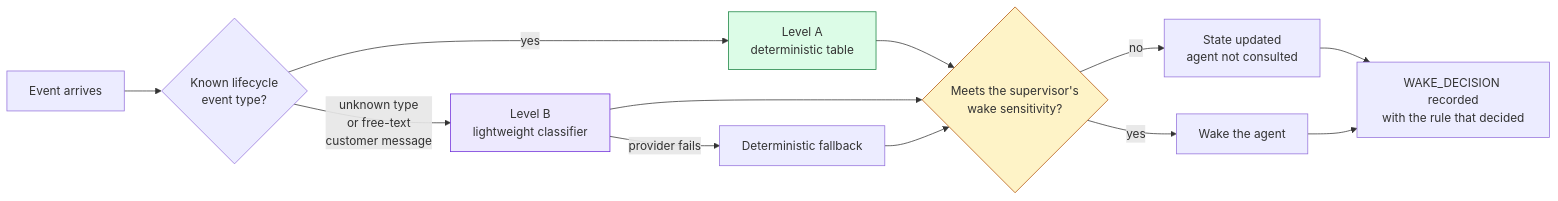
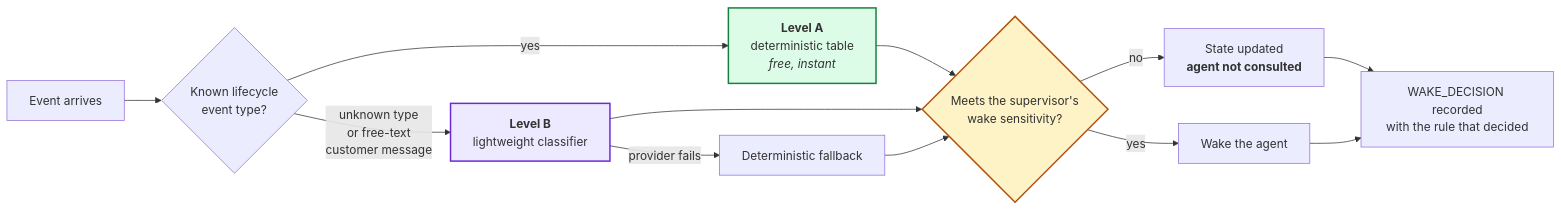
Before and after one commit to Gupta2708/OrderPilot: the third of 3 diagrams in README.md, drawn with Mermaid. The commit also changed other lines of this file and 5 other files, not shown here.

````diff
--- a/README.md
+++ b/README.md
@@ -224,18 +300,18 @@
 ```mermaid
 flowchart LR
     E["Event arrives"] --> A{"Known lifecycle<br/>event type?"}
-    A -->|yes| T["Level A<br/>deterministic table"]
-    A -->|"unknown type<br/>or free-text<br/>customer message"| B["Level B<br/>lightweight classifier"]
+    A -->|yes| T["<b>Level A</b><br/>deterministic table<br/><i>free, instant</i>"]
+    A -->|"unknown type<br/>or free-text<br/>customer message"| B["<b>Level B</b><br/>lightweight classifier"]
     B -->|"provider fails"| FB["Deterministic fallback"]
     T --> CAP{"Meets the supervisor's<br/>wake sensitivity?"}
     B --> CAP
     FB --> CAP
-    CAP -->|no| NOWAKE["State updated<br/>agent not consulted"]
+    CAP -->|no| NOWAKE["State updated<br/><b>agent not consulted</b>"]
     CAP -->|yes| WAKE["Wake the agent"]
     NOWAKE --> REC["WAKE_DECISION recorded<br/>with the rule that decided"]
     WAKE --> REC
 
-    style T fill:#dcfce7,stroke:#15803d
-    style B fill:#ede9fe,stroke:#6d28d9
-    style CAP fill:#fef3c7,stroke:#b45309
+    style T fill:#dcfce7,stroke:#15803d,stroke-width:2px
+    style B fill:#ede9fe,stroke:#6d28d9,stroke-width:2px
+    style CAP fill:#fef3c7,stroke:#b45309,stroke-width:2px
 ```
````
